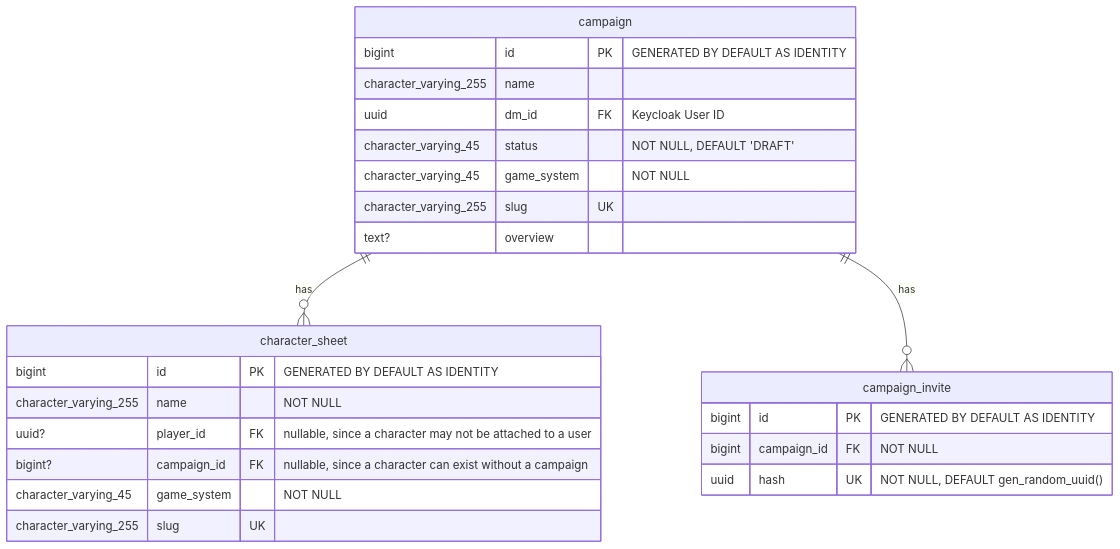
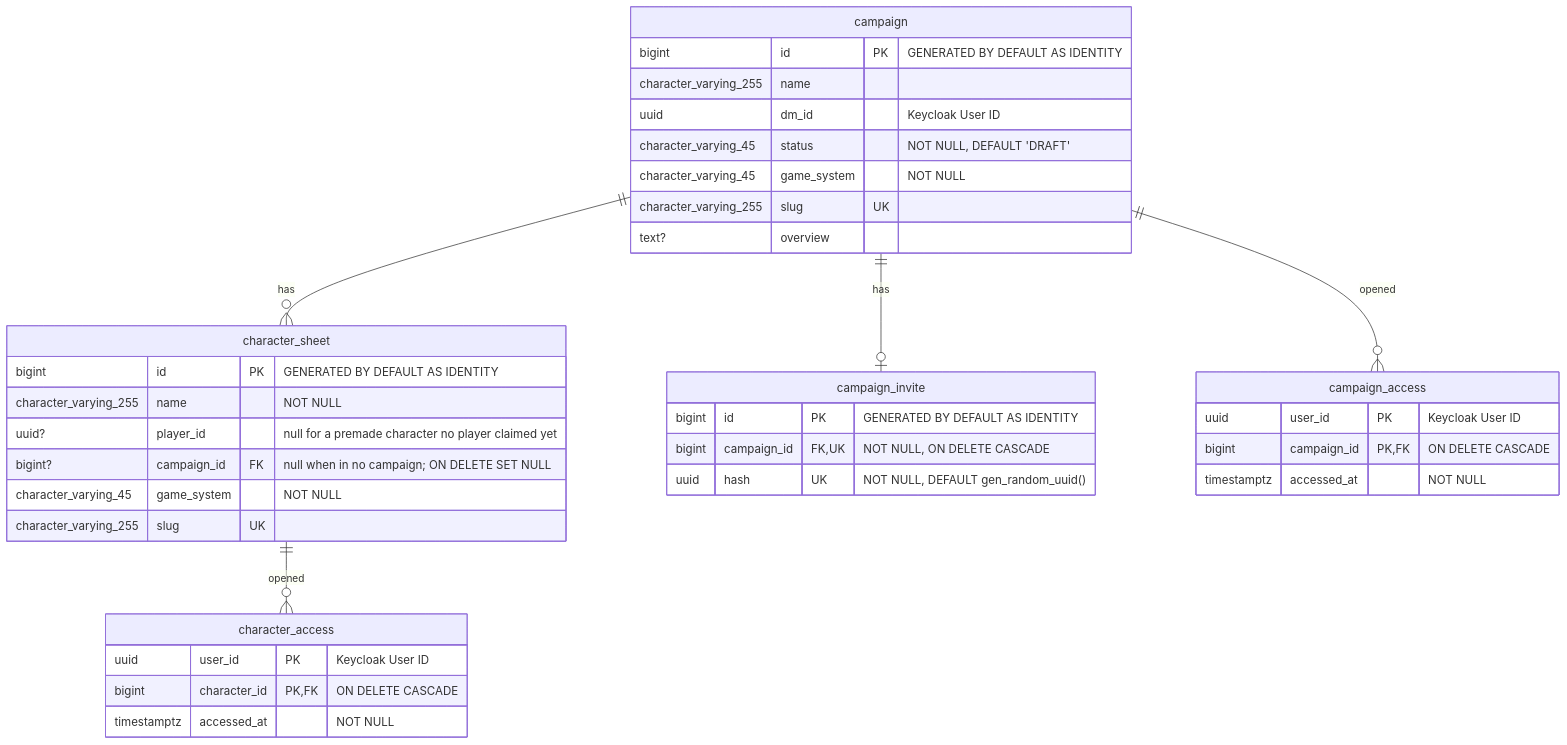
Before and after one commit to hannaBanannaOF/questmaster-core: the diagram in README.md, drawn with Mermaid. The commit also changed other lines of this file and 20 other files, not shown here.

````diff
--- a/README.md
+++ b/README.md
@@ -59,30 +51,44 @@
 ```mermaid
 erDiagram
     campaign {
         bigint id PK "GENERATED BY DEFAULT AS IDENTITY"
         character_varying_255 name
-        uuid dm_id FK "Keycloak User ID"
+        uuid dm_id "Keycloak User ID"
         character_varying_45 status "NOT NULL, DEFAULT 'DRAFT'"
         character_varying_45 game_system "NOT NULL"
         character_varying_255 slug UK
         text? overview
     }
 
     character_sheet {
         bigint id PK "GENERATED BY DEFAULT AS IDENTITY"
         character_varying_255 name "NOT NULL"
-        uuid? player_id FK "nullable, since a character may not be attached to a user"
-        bigint? campaign_id FK "nullable, since a character can exist without a campaign"
+        uuid? player_id "null for a premade character no player claimed yet"
+        bigint? campaign_id FK "null when in no campaign; ON DELETE SET NULL"
         character_varying_45 game_system "NOT NULL"
         character_varying_255 slug UK
     }
 
     campaign_invite {
         bigint id PK "GENERATED BY DEFAULT AS IDENTITY"
-        bigint campaign_id FK "NOT NULL"
+        bigint campaign_id FK,UK "NOT NULL, ON DELETE CASCADE"
         uuid hash UK "NOT NULL, DEFAULT gen_random_uuid()"
     }
 
+    campaign_access {
+        uuid user_id PK "Keycloak User ID"
+        bigint campaign_id PK,FK "ON DELETE CASCADE"
+        timestamptz accessed_at "NOT NULL"
+    }
+
+    character_access {
+        uuid user_id PK "Keycloak User ID"
+        bigint character_id PK,FK "ON DELETE CASCADE"
+        timestamptz accessed_at "NOT NULL"
+    }
+
     campaign ||--o{ character_sheet : "has"
-    campaign ||--o{ campaign_invite : "has"
+    campaign ||--o| campaign_invite : "has"
+    campaign ||--o{ campaign_access : "opened"
+    character_sheet ||--o{ character_access : "opened"
 ```
````
